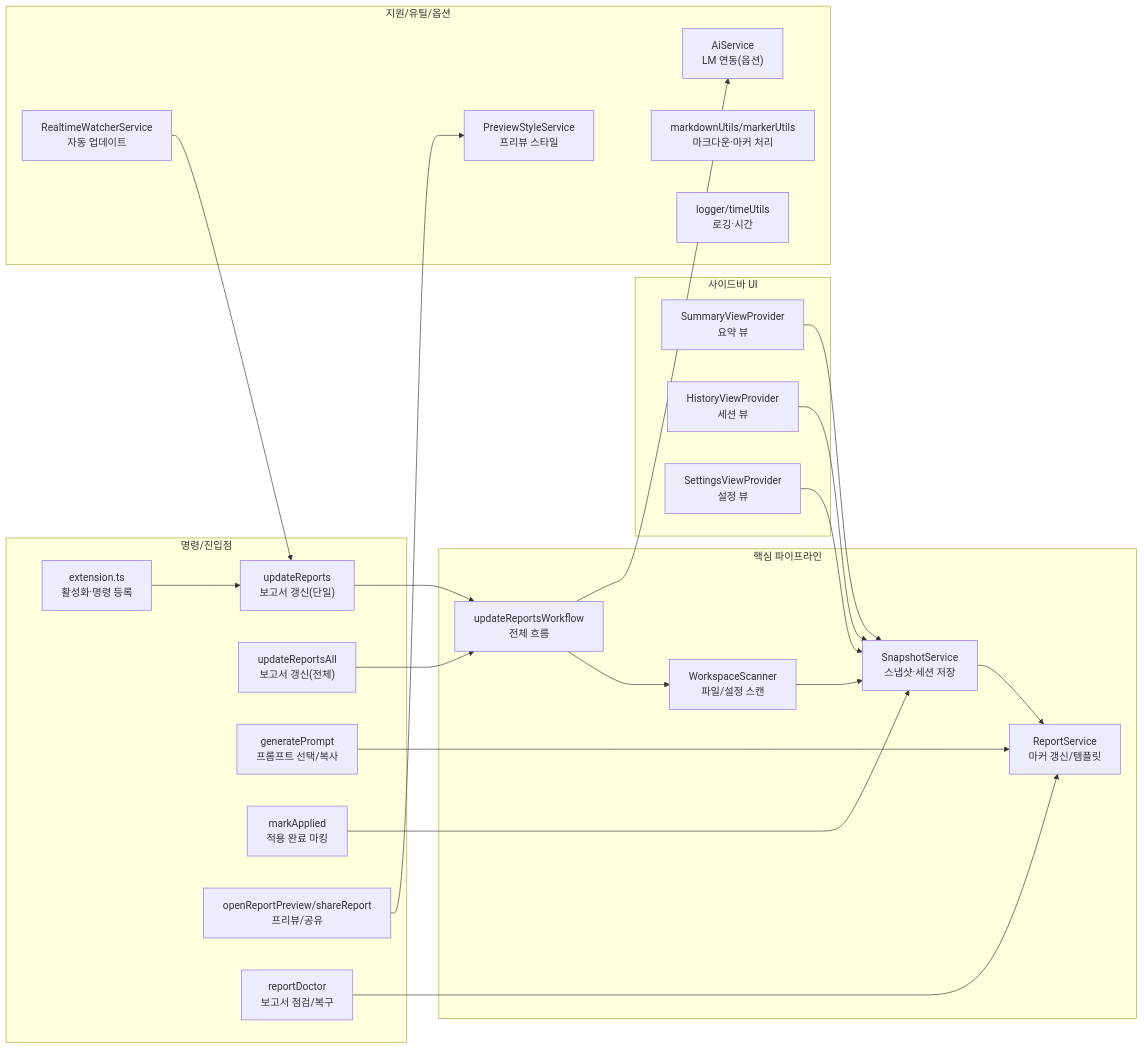
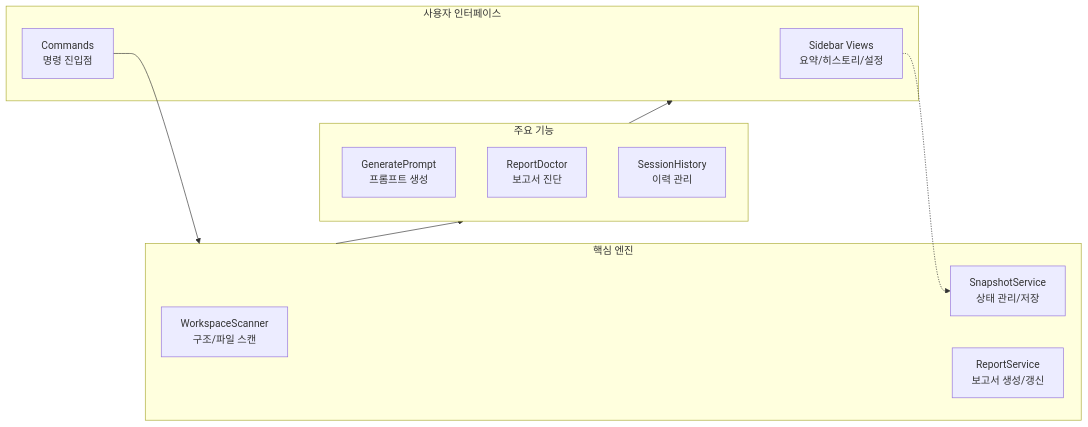
Before and after one commit to Stankjedi/projectmanager: the diagram in devplan/Project_Evaluation_Report.md, drawn with Mermaid. The commit also changed other lines of this file and 9 other files, not shown here.

Commit message:
feat: introduce AI agent devplan documentation and initialize vibereport VS Code extension with CI workflow.

````diff
--- a/devplan/Project_Evaluation_Report.md
+++ b/devplan/Project_Evaluation_Report.md
@@ -70,45 +72,21 @@
 ```mermaid
 flowchart LR
-  subgraph Commands["명령/진입점"]
-    Ext["extension.ts<br/>활성화·명령 등록"]
-    CmdUpdate["updateReports<br/>보고서 갱신(단일)"]
-    CmdUpdateAll["updateReportsAll<br/>보고서 갱신(전체)"]
-    CmdGenPrompt["generatePrompt<br/>프롬프트 선택/복사"]
-    CmdMark["markApplied<br/>적용 완료 마킹"]
-    CmdPreview["openReportPreview/shareReport<br/>프리뷰/공유"]
-    CmdDoctor["reportDoctor<br/>보고서 점검/복구"]
-  end
-
-  subgraph Core["핵심 파이프라인"]
-    Workflow["updateReportsWorkflow<br/>전체 흐름"]
-    Scanner["WorkspaceScanner<br/>파일/설정 스캔"]
-    Snapshot["SnapshotService<br/>스냅샷·세션 저장"]
-    Report["ReportService<br/>마커 갱신/템플릿"]
-  end
-
-  subgraph UI["사이드바 UI"]
-    Summary["SummaryViewProvider<br/>요약 뷰"]
-    History["HistoryViewProvider<br/>세션 뷰"]
-    Settings["SettingsViewProvider<br/>설정 뷰"]
-  end
-
-  subgraph Support["지원/유틸/옵션"]
-    PreviewStyle["PreviewStyleService<br/>프리뷰 스타일"]
-    Watcher["RealtimeWatcherService<br/>자동 업데이트"]
-    AI["AiService<br/>LM 연동(옵션)"]
-    Markdown["markdownUtils/markerUtils<br/>마크다운·마커 처리"]
-    Logger["logger/timeUtils<br/>로깅·시간"]
-  end
-
-  Ext --> CmdUpdate --> Workflow --> Scanner --> Snapshot --> Report
-  CmdUpdateAll --> Workflow
-  CmdGenPrompt --> Report
-  CmdDoctor --> Report
-  CmdPreview --> PreviewStyle
-  Watcher --> CmdUpdate
-  CmdMark --> Snapshot
-  Summary --> Snapshot
-  History --> Snapshot
-  Settings --> Snapshot
-  Workflow --> AI
+    subgraph Core["핵심 엔진"]
+        Scanner["WorkspaceScanner<br/>구조/파일 스캔"]
+        Snapshot["SnapshotService<br/>상태 관리/저장"]
+        Report["ReportService<br/>보고서 생성/갱신"]
+    end
+    subgraph Feature["주요 기능"]
+        Prompt["GeneratePrompt<br/>프롬프트 생성"]
+        Doctor["ReportDoctor<br/>보고서 진단"]
+        History["SessionHistory<br/>이력 관리"]
+    end
+    subgraph UI["사용자 인터페이스"]
+        Views["Sidebar Views<br/>요약/히스토리/설정"]
+        Commands["Commands<br/>명령 진입점"]
+    end
+    Commands --> Core
+    Core --> Feature
+    Feature --> UI
+    Views -.-> Snapshot
 ```
````
